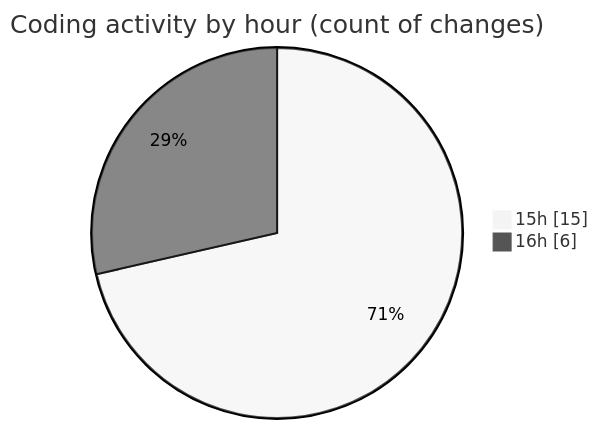
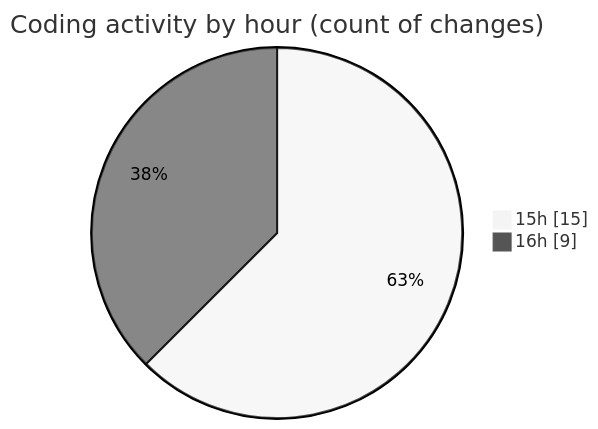
Before and after one commit to robertbonfada/code-tracking: the second of 2 diagrams in 2025-02-04/mbc-web/README.md, drawn with Mermaid (neutral theme). The commit also changed other lines of this file and 1 other file, not shown here.

````diff
--- a/2025-02-04/mbc-web/README.md
+++ b/2025-02-04/mbc-web/README.md
@@ -30,6 +30,6 @@
 ```mermaid
 pie showData
 title Coding activity by hour (count of changes)
 "15h" : 15
-"16h" : 6
+"16h" : 9
 ```
````
